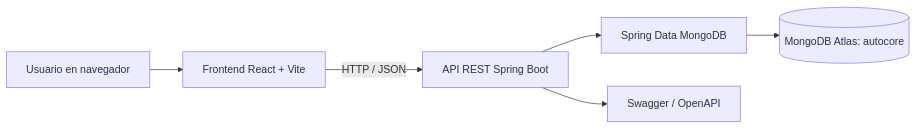
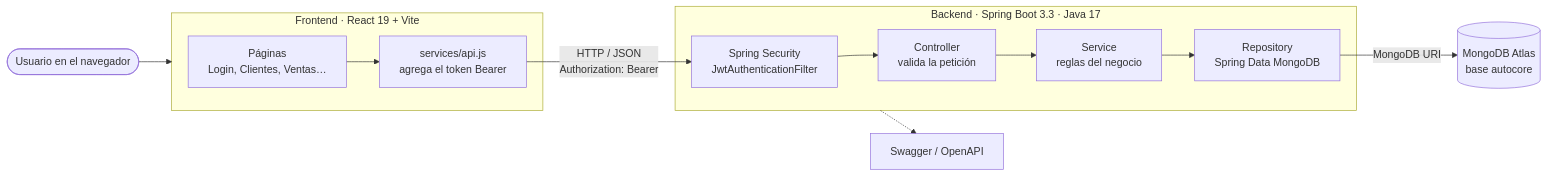
Before and after one commit to JAIROACARDOZO15/AutoCore: the first of 8 diagrams in README.md, drawn with Mermaid. The commit also changed other lines of this file, not shown here.

Commit message:
Actualiza README con requisitos del Sprint 1-2 y diagramas

````diff
--- a/README.md
+++ b/README.md
@@ -62,8 +88,19 @@
 ```mermaid
 flowchart LR
-    U[Usuario en navegador] --> FE[Frontend React + Vite]
-    FE -->|HTTP / JSON| API[API REST Spring Boot]
-    API --> MDB[Spring Data MongoDB]
-    MDB --> DB[(MongoDB Atlas: autocore)]
-    API --> SW[Swagger / OpenAPI]
+    U([Usuario en el navegador]) --> FE
+
+    subgraph FE[Frontend · React 19 + Vite]
+        P[Páginas<br/>Login, Clientes, Ventas…] --> S[services/api.js<br/>agrega el token Bearer]
+    end
+
+    S -->|HTTP / JSON<br/>Authorization: Bearer| SEC
+
+    subgraph BE[Backend · Spring Boot 3.3 · Java 17]
+        SEC[Spring Security<br/>JwtAuthenticationFilter] --> C[Controller<br/>valida la petición]
+        C --> SV[Service<br/>reglas del negocio]
+        SV --> R[Repository<br/>Spring Data MongoDB]
+    end
+
+    R -->|MongoDB URI| DB[(MongoDB Atlas<br/>base autocore)]
+    BE -.-> SW[Swagger / OpenAPI]
 ```
````
